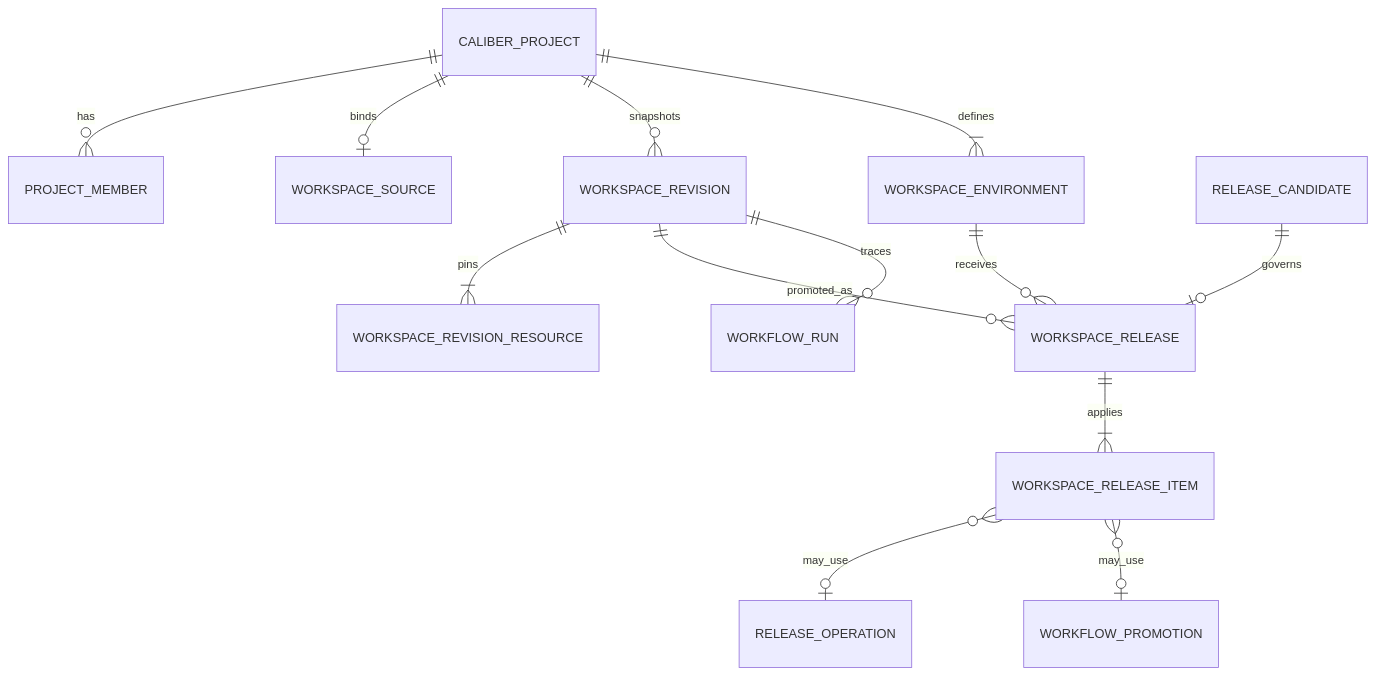
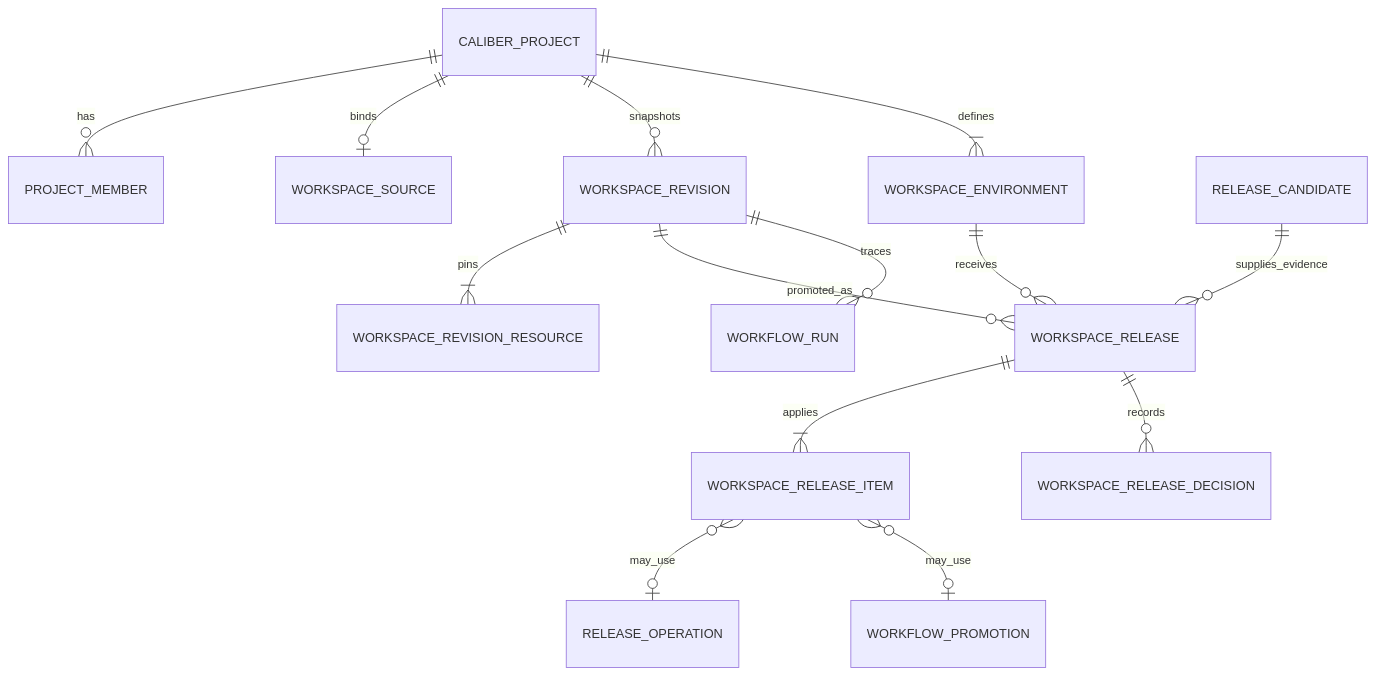
The fifth of 11 diagrams in docs/workspace-plan.md (rrahimi-uci/caliber-suite), drawn with Mermaid before and after one commit. The commit also changed other lines of this file, not shown here.

Commit message:
docs: harden workspace architecture and delivery plan (#274)

````diff
--- a/docs/workspace-plan.md
+++ b/docs/workspace-plan.md
@@ -1060,15 +1164,16 @@
 ```mermaid
 erDiagram
     CALIBER_PROJECT ||--o{ PROJECT_MEMBER : has
     CALIBER_PROJECT ||--o| WORKSPACE_SOURCE : binds
     CALIBER_PROJECT ||--o{ WORKSPACE_REVISION : snapshots
     WORKSPACE_REVISION ||--|{ WORKSPACE_REVISION_RESOURCE : pins
     CALIBER_PROJECT ||--|{ WORKSPACE_ENVIRONMENT : defines
     WORKSPACE_REVISION ||--o{ WORKSPACE_RELEASE : promoted_as
     WORKSPACE_ENVIRONMENT ||--o{ WORKSPACE_RELEASE : receives
-    RELEASE_CANDIDATE ||--o| WORKSPACE_RELEASE : governs
+    RELEASE_CANDIDATE ||--o{ WORKSPACE_RELEASE : supplies_evidence
     WORKSPACE_RELEASE ||--|{ WORKSPACE_RELEASE_ITEM : applies
+    WORKSPACE_RELEASE ||--o{ WORKSPACE_RELEASE_DECISION : records
     WORKSPACE_RELEASE_ITEM }o--o| RELEASE_OPERATION : may_use
     WORKSPACE_RELEASE_ITEM }o--o| WORKFLOW_PROMOTION : may_use
     WORKSPACE_REVISION ||--o{ WORKFLOW_RUN : traces
 ```
````
